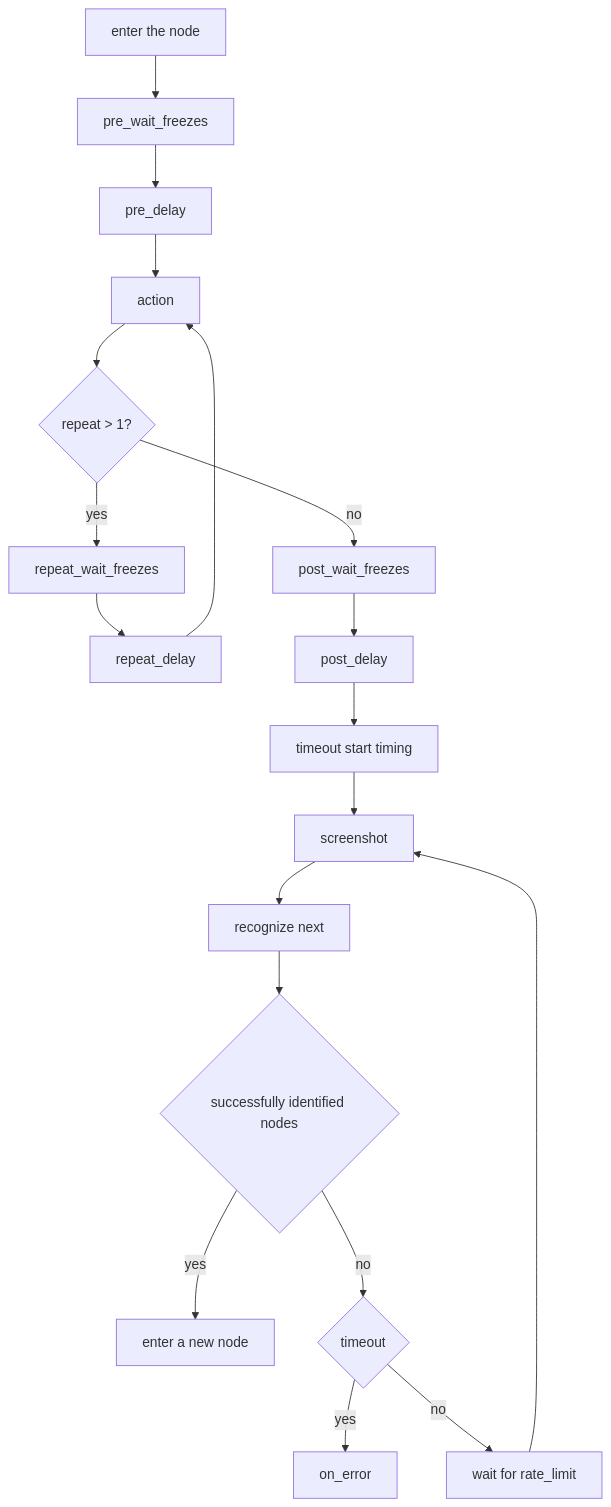
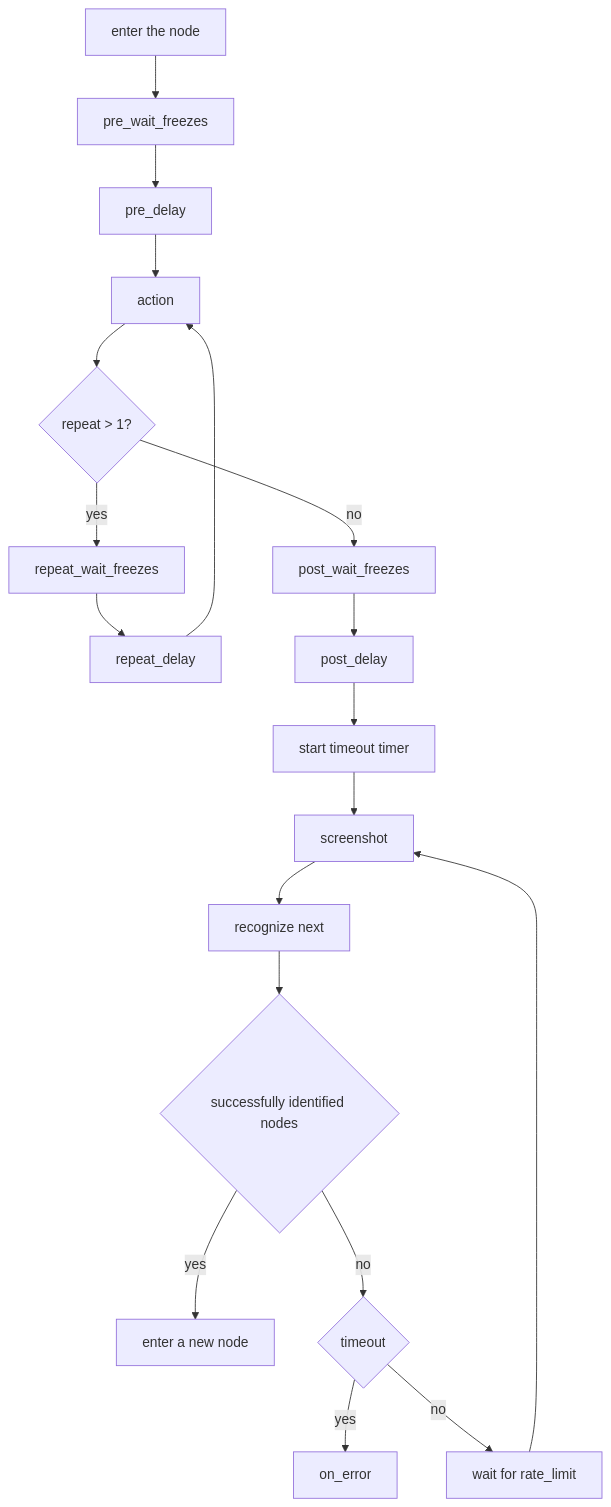
One commit to MaaXYZ/MaaFramework changed the third of 4 diagrams in docs/en_us/3.1-PipelineProtocol.md. Above: the diagram before and after it, drawn with Mermaid.

Commit message:
docs: rename timeout start timing to start timeout timer

````diff
--- a/docs/en_us/3.1-PipelineProtocol.md
+++ b/docs/en_us/3.1-PipelineProtocol.md
@@ -235,21 +235,21 @@
 ```mermaid
     graph TB
         A[enter the node] --> B[pre_wait_freezes]
         B --> C[pre_delay]
         C --> D[action]
         D --> M{repeat > 1?}
         M -->|yes| N[repeat_wait_freezes]
         N --> O[repeat_delay]
         O --> D
         M -->|no| E[post_wait_freezes]
         E --> F[post_delay]
-        F --> Q[timeout start timing]
+        F --> Q[start timeout timer]
         Q --> P[screenshot]
         P --> G[recognize next]
         G --> H{successfully identified nodes}
         H -->|yes| I[enter a new node]
         H -->|no| J{timeout}
         J -->|yes| K[on_error]
         J -->|no| L[wait for rate_limit]
         L --> P
 ```
````
